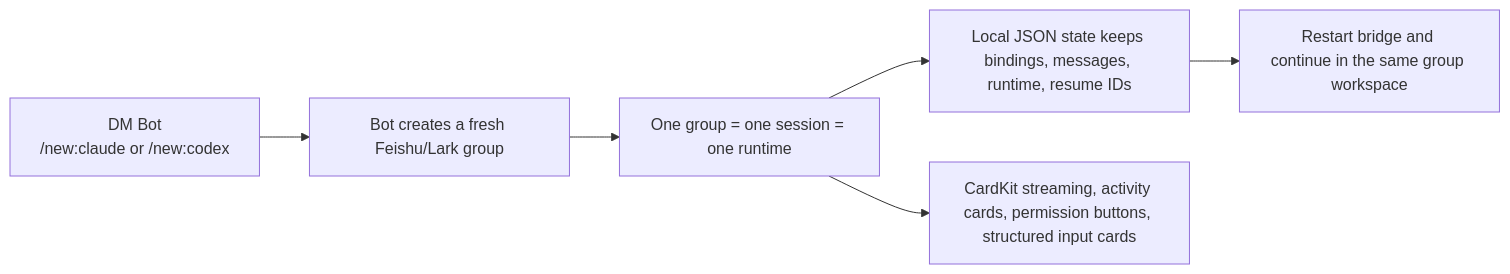
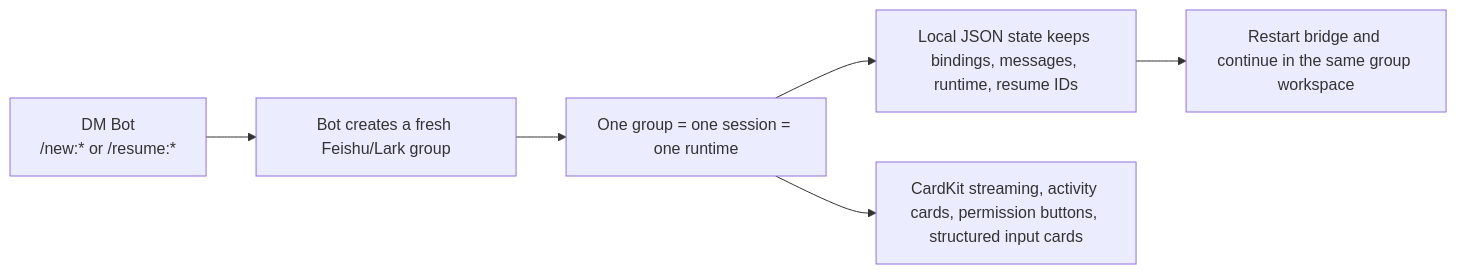
The diagram in README.md (francize/agents-to-im), drawn with Mermaid before and after one commit. The commit also changed other lines of this file and 8 other files, not shown here.

First line of the commit message:
feat(feishu): enhance session management and command handling for new and resume actions

````diff
--- a/README.md
+++ b/README.md
@@ -13,8 +13,8 @@
 ```mermaid
 flowchart LR
-  A["DM Bot<br/>/new:claude or /new:codex"] --> B["Bot creates a fresh Feishu/Lark group"]
+  A["DM Bot<br/>/new:* or /resume:*"] --> B["Bot creates a fresh Feishu/Lark group"]
   B --> C["One group = one session = one runtime"]
   C --> D["Local JSON state keeps bindings, messages, runtime, resume IDs"]
   D --> E["Restart bridge and continue in the same group workspace"]
   C --> F["CardKit streaming, activity cards, permission buttons, structured input cards"]
 ```
````
